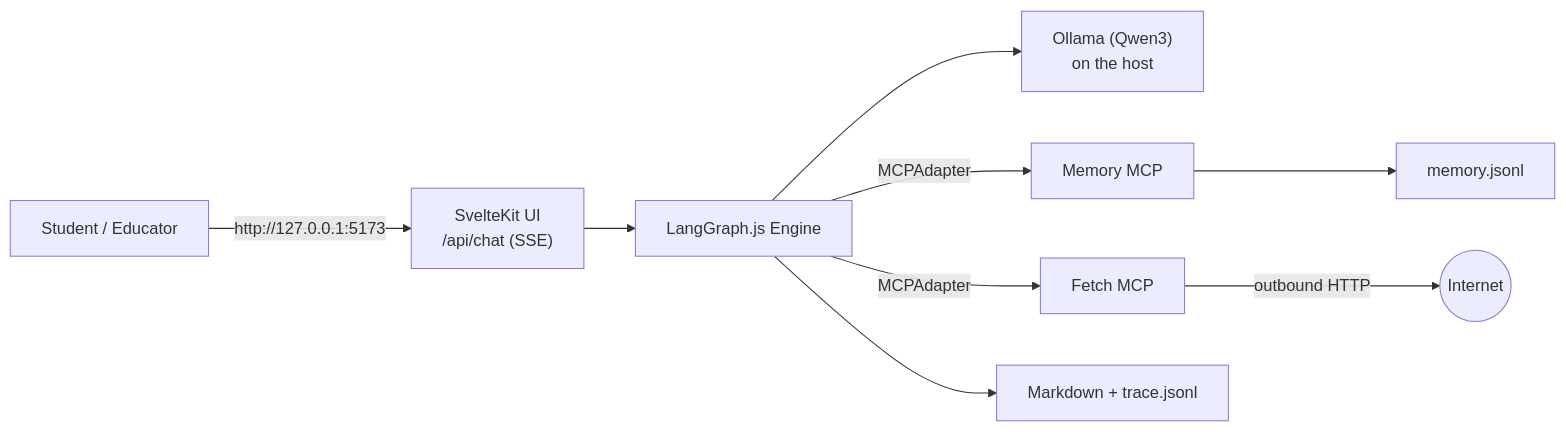
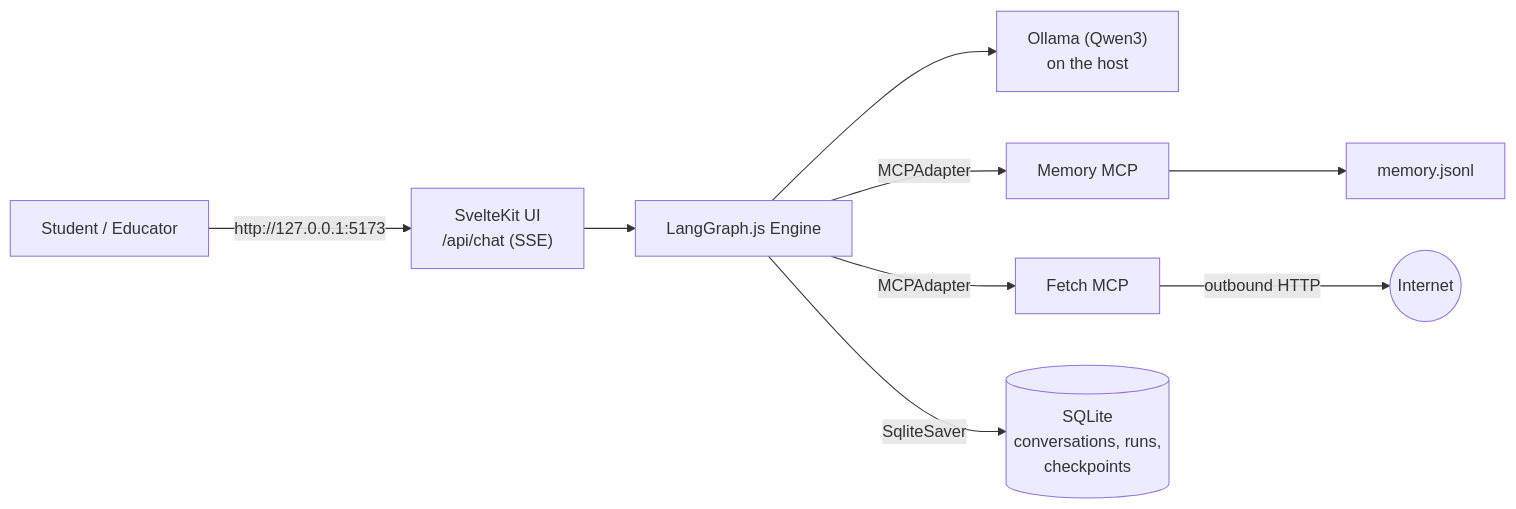
Before and after one commit to cognokratos/sophos-agent: the diagram in docs/architecture/2-high-level-architecture.md, drawn with Mermaid. The commit also changed other lines of this file and 51 other files, not shown here.

First line of the commit message:
feat(agent)!: durable LangGraph execution with SQLite checkpoints

````diff
--- a/docs/architecture/2-high-level-architecture.md
+++ b/docs/architecture/2-high-level-architecture.md
@@ -10,11 +10,11 @@
 ```mermaid
 flowchart LR
   U[Student / Educator] -->|"http://127.0.0.1:5173"| FE["SvelteKit UI<br/>/api/chat (SSE)"]
   FE --> LG[LangGraph.js Engine]
   LG --> OL["Ollama (Qwen3)<br/>on the host"]
   LG -->|MCPAdapter| MEM[Memory MCP]
   LG -->|MCPAdapter| FET[Fetch MCP]
   FET -->|outbound HTTP| NET((Internet))
-  LG --> LOG[Markdown + trace.jsonl]
+  LG -->|SqliteSaver| DB[(SQLite<br/>conversations, runs,<br/>checkpoints)]
   MEM --> KG[memory.jsonl]
 ```
````
